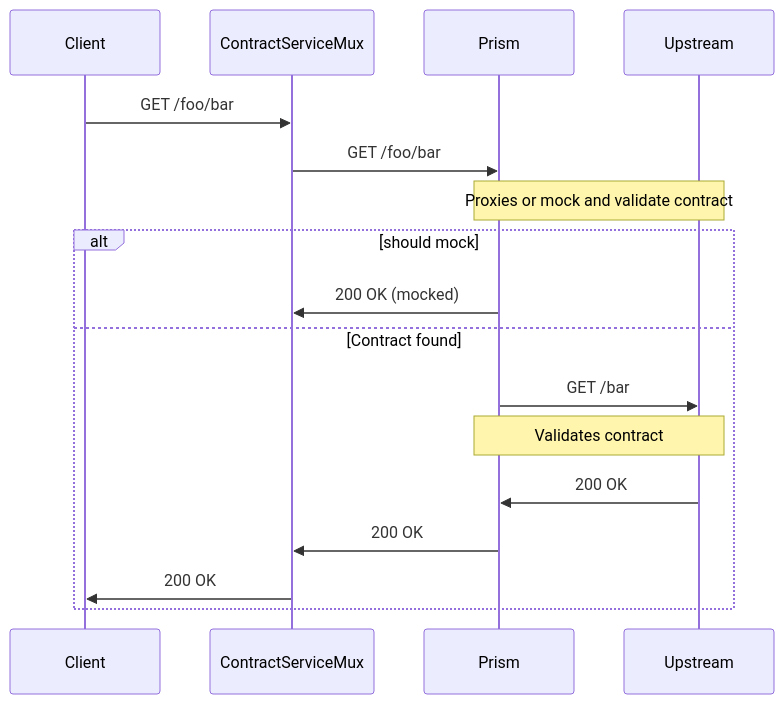
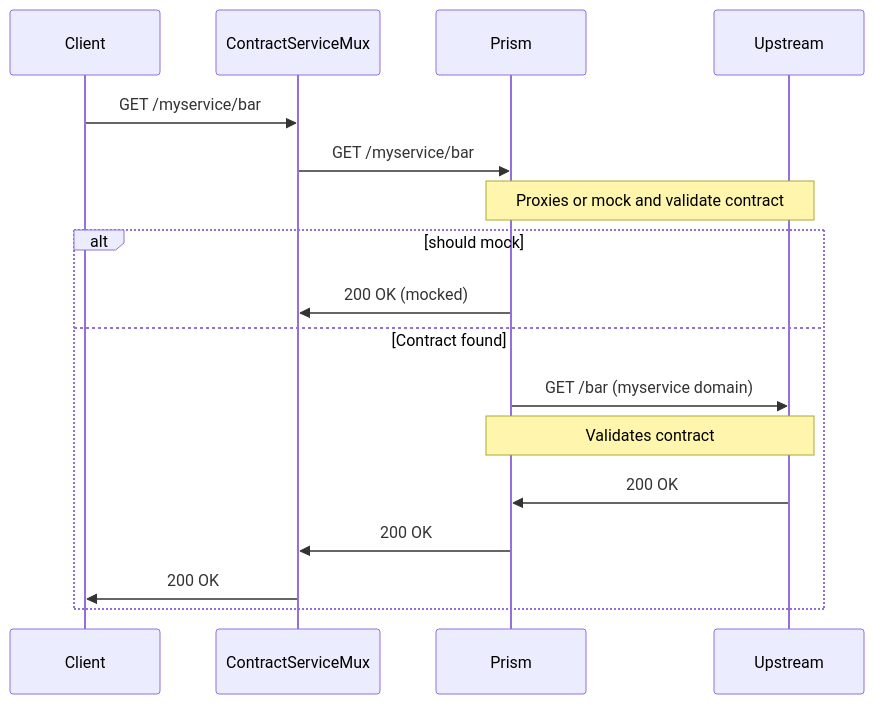
The diagram in README.md (cristianoliveira/contract-testing-mux), drawn with Mermaid before and after one commit.

Commit message:
docs: better explanation

````diff
--- a/README.md
+++ b/README.md
@@ -74,20 +74,20 @@
 ```mermaid
 sequenceDiagram
     participant Client
     participant ContractServiceMux
     participant Prism
     participant Upstream
 
-    Client->>ContractServiceMux: GET /foo/bar
-    ContractServiceMux->>Prism: GET /foo/bar
+    Client->>ContractServiceMux: GET /myservice/bar
+    ContractServiceMux->>Prism: GET /myservice/bar
     Note over Prism, Upstream: Proxies or mock and validate contract
     alt should mock
         Prism->>ContractServiceMux: 200 OK (mocked)
     else Contract found
-        Prism->>Upstream: GET /bar
+        Prism->>Upstream: GET /bar (myservice domain)
         Note over Upstream, Prism: Validates contract
         Upstream->>Prism: 200 OK
         Prism->>ContractServiceMux: 200 OK
         ContractServiceMux->>Client: 200 OK
     end
 ```
````
